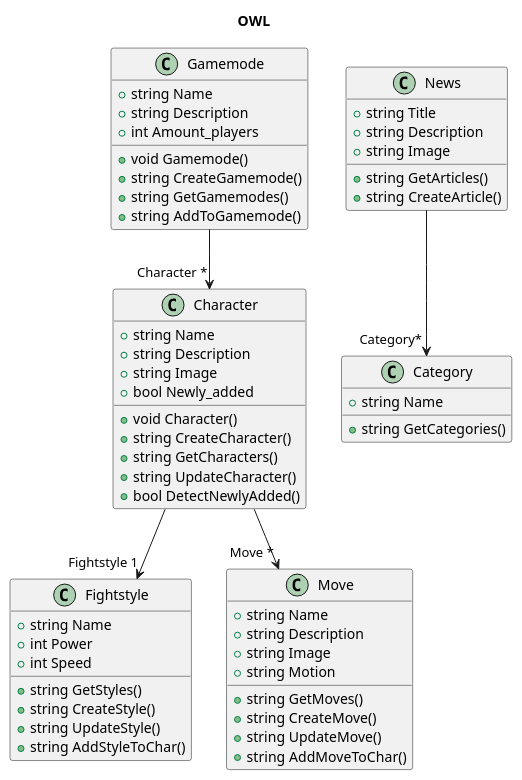
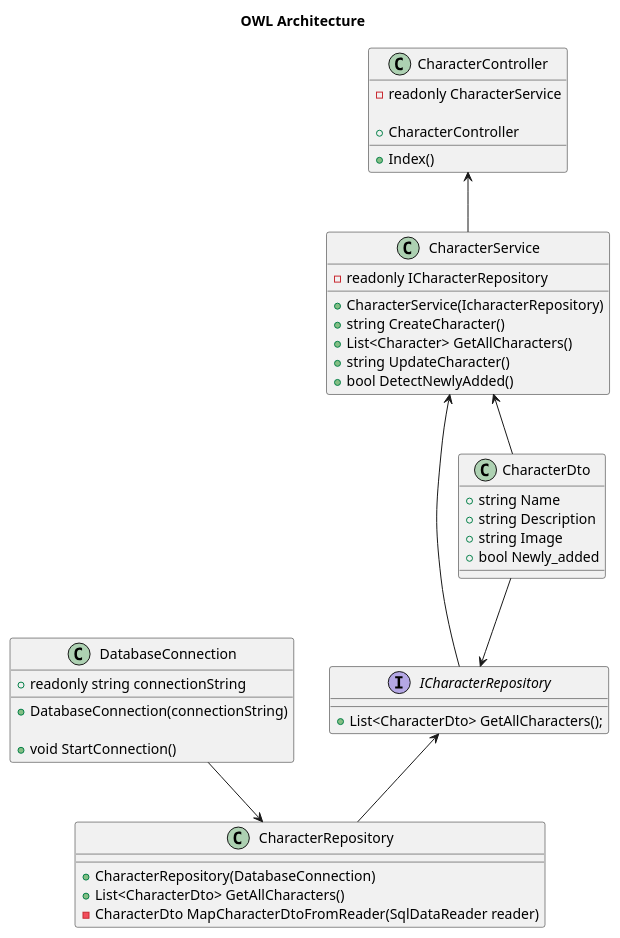
Before and after one commit to FreeGilio/Owlsite: the diagram in Architecture.puml, drawn with PlantUML. The commit also changed 86 other files, not shown here.

```diff
--- a/Architecture.puml
+++ b/Architecture.puml
@@ -1,73 +1,128 @@
 @startuml OWL
 
-title OWL
+title OWL Architecture
 
-class Gamemode {
-    + string Name
-    + string Description
-    + int Amount_players
+class DatabaseConnection {
+    + readonly string connectionString
+    + DatabaseConnection(connectionString)
 
-    + void Gamemode()
-    + string CreateGamemode()
-    + string GetGamemodes()
-    + string AddToGamemode()
+    + void StartConnection()
+}
+
+' class GamemodeDto {
+'     + string Name
+'     + string Description
+'     + int Amount_players
+' }
+
+' class GamemodeService {
+'     + GamemodeService()
+'     + void Gamemode()
+'     + string CreateGamemode()
+'     + string GetGamemodes()
+'     + string AddToGamemode()
+' }
+
+Class CharacterController {
+    - readonly CharacterService
+
+    + CharacterController
+    + Index()
+}
+
+Interface ICharacterRepository {
+    +  List<CharacterDto> GetAllCharacters();
+}
+
+Class CharacterRepository {
+    +  CharacterRepository(DatabaseConnection)
+    +  List<CharacterDto> GetAllCharacters()
+    -  CharacterDto MapCharacterDtoFromReader(SqlDataReader reader)
 }
 
 
-class Character {
+class CharacterDto {
     + string Name
     + string Description
     + string Image
     + bool Newly_added
+}
 
-    + void Character()
+class CharacterService {
+    - readonly ICharacterRepository
+
+    + CharacterService(IcharacterRepository)
     + string CreateCharacter()
-    + string GetCharacters()
+    + List<Character> GetAllCharacters()
     + string UpdateCharacter()
     + bool DetectNewlyAdded()
 }
 
-class Fightstyle {
-    + string Name
-    + int Power
-    + int Speed
+' class FightstyleDto {
+'     + string Name
+'     + int Power
+'     + int Speed
+' }
 
-    + string GetStyles()
-    + string CreateStyle()
-    + string UpdateStyle()
-    + string AddStyleToChar()
-}
+' class FightstyleService {
 
-class Move {
-    + string Name
-    + string Description
-    + string Image
-    + string Motion
+'     + FightstyleService()
+'     + string GetStyles()
+'     + string CreateStyle()
+'     + string UpdateStyle()
+'     + string AddStyleToChar()
+' }
 
-    + string GetMoves()
-    + string CreateMove()
-    + string UpdateMove()
-    + string AddMoveToChar()
-}
+' class MoveDto {
+'     + string Name
+'     + string Description
+'     + string Image
+'     + string Motion
+' }
 
-class News {
-    + string Title
-    + string Description
-    + string Image
+' class MoveService {
 
-    + string GetArticles()
-    + string CreateArticle()
-}
+'     + MoveService()
+'     + string GetMoves()
+'     + string CreateMove()
+'     + string UpdateMove()
+'     + string AddMoveToChar()
+' }
 
-class Category {
-    + string Name
+' class NewsDto {
+'     + string Title
+'     + string Description
+'     + string Image
+' }
 
-    + string GetCategories()
-}
+' class NewsService {
 
-Character --> "Move *" Move
-Character --> "Fightstyle 1" Fightstyle
-News --> "Category*" Category
-Gamemode --> "Character *" Character
+'     + NewsService()
+'     + string GetArticles()
+'     + string CreateArticle()
+' }
+
+' class CategoryDto {
+'     + string Name
+' }
+
+' class CategoryService {
+'     + CategoryService()
+'     + string GetCategories()
+' }
+
+DatabaseConnection --> CharacterRepository
+
+CharacterController <-- CharacterService
+CharacterService <-- CharacterDto
+CharacterService <-- ICharacterRepository
+CharacterDto --> ICharacterRepository
+ICharacterRepository <-- CharacterRepository
+
+' NewsService <-- NewsDto
+' CategoryService <-- CategoryDto
+' FightstyleService <-- FightstyleDto
+' MoveService <-- MoveDto
+' GamemodeService <-- GamemodeDto
 
 @enduml
```
